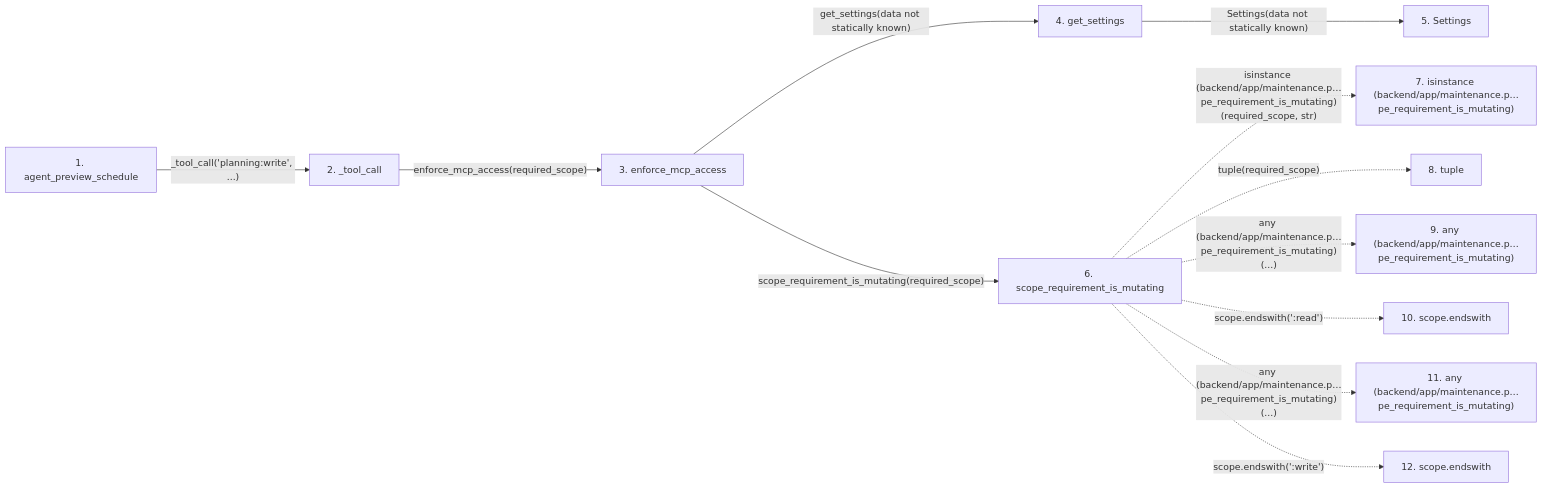
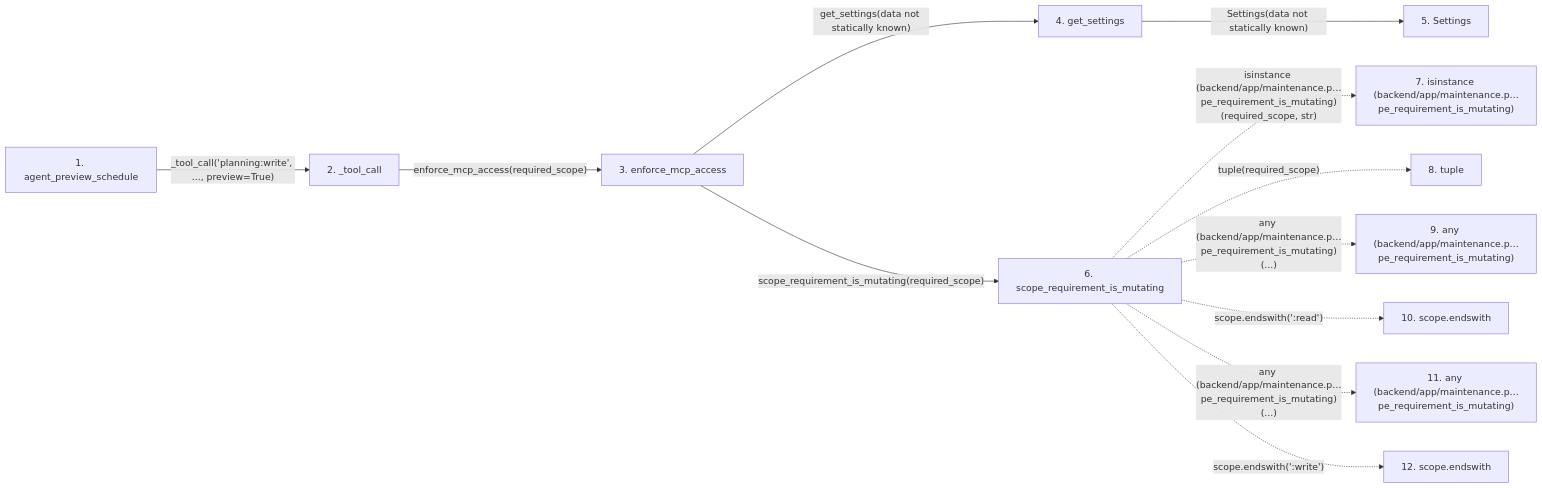
One commit to Denissvgn/WorkChord changed the second of 2 diagrams in docs/llm_wiki/flows/mcp-agent_preview_schedule.md. Above: the diagram before and after it, drawn with Mermaid. The commit also changed other lines of this file and 958 other files, not shown here.

First line of the commit message:
docs(wiki): refresh identity and recovery architecture

````diff
--- a/docs/llm_wiki/flows/mcp-agent_preview_schedule.md
+++ b/docs/llm_wiki/flows/mcp-agent_preview_schedule.md
@@ -85,32 +90,32 @@
 ```mermaid
 flowchart LR
     s1["1. agent_preview_schedule"]
     s2["2. _tool_call"]
     s3["3. enforce_mcp_access"]
     s4["4. get_settings"]
     s5["5. Settings"]
     s6["6. scope_requirement_is_mutating"]
     s7["7. isinstance (backend/app/maintenance.p…pe_requirement_is_mutating)"]
     s8["8. tuple"]
     s9["9. any (backend/app/maintenance.p…pe_requirement_is_mutating)"]
     s10["10. scope.endswith"]
     s11["11. any (backend/app/maintenance.p…pe_requirement_is_mutating)"]
     s12["12. scope.endswith"]
-    s1 -->|"_tool_call('planning:write', ...)"| s2
+    s1 -->|"_tool_call('planning:write', ..., preview=True)"| s2
     s2 -->|"enforce_mcp_access(required_scope)"| s3
     s3 -->|"get_settings(data not statically known)"| s4
     s4 -->|"Settings(data not statically known)"| s5
     s3 -->|"scope_requirement_is_mutating(required_scope)"| s6
     s6 -. "isinstance (backend/app/maintenance.p…pe_requirement_is_mutating)(required_scope, str)" .-> s7
     s6 -. "tuple(required_scope)" .-> s8
     s6 -. "any (backend/app/maintenance.p…pe_requirement_is_mutating)(...)" .-> s9
     s6 -. "scope.endswith(':read')" .-> s10
     s6 -. "any (backend/app/maintenance.p…pe_requirement_is_mutating)(...)" .-> s11
     s6 -. "scope.endswith(':write')" .-> s12
     click s1 "../modules/mcp_server.md"
     click s2 "../modules/mcp_server.md"
     click s3 "../modules/maintenance.md"
     click s4 "../modules/config.md"
     click s5 "../modules/config.md"
     click s6 "../modules/maintenance.md"
 ```
````
